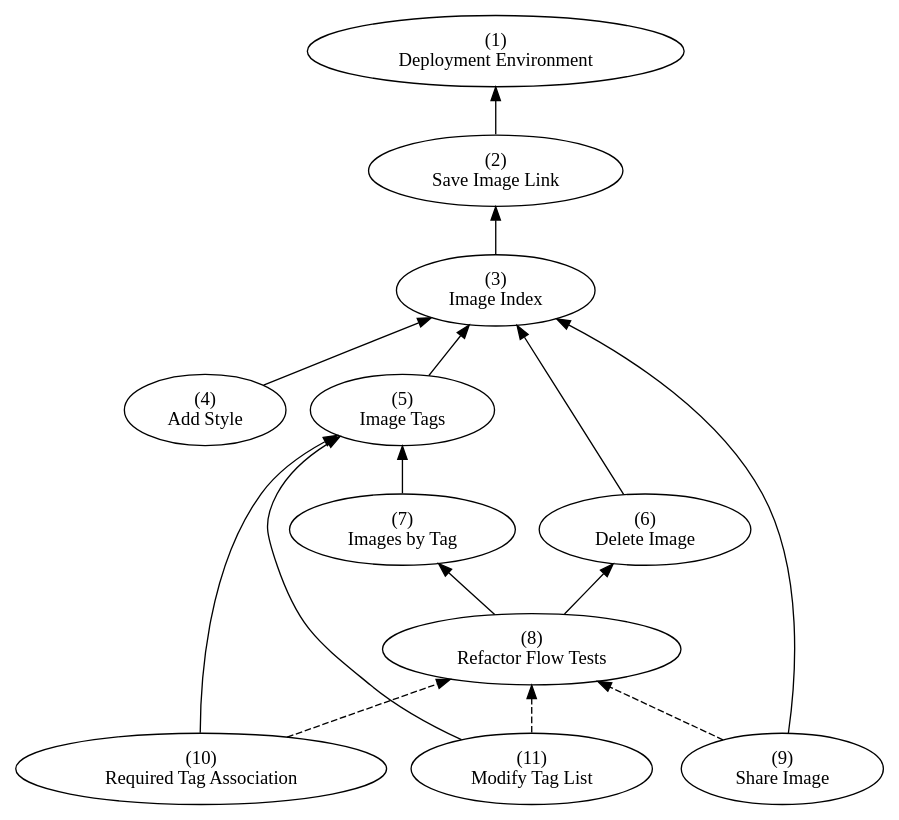
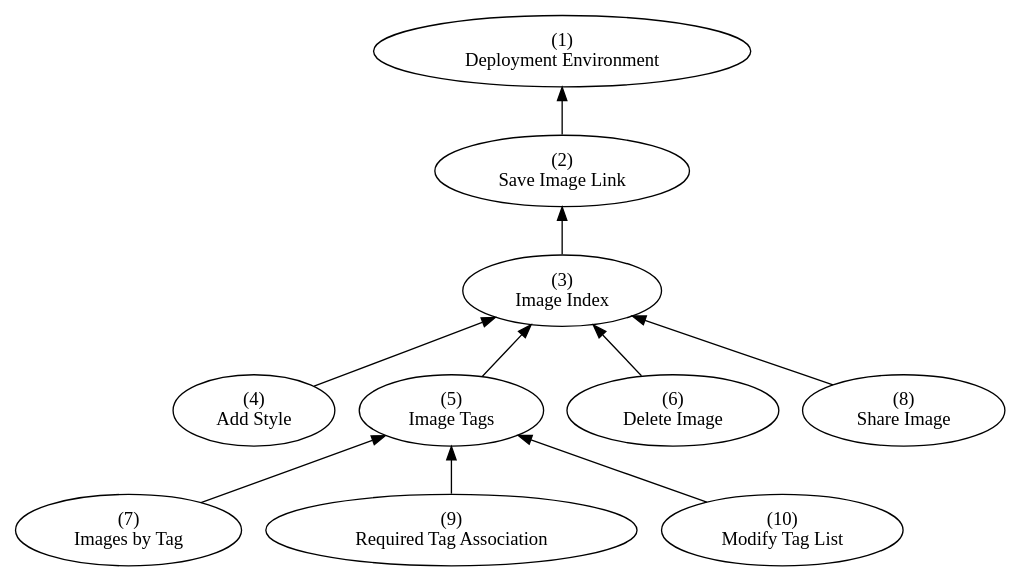
Before and after one commit to AppFolioOnboarding/tasks: the diagram in dependencies.dot, drawn with Graphviz. The commit also changed 6 other files, not shown here.

Commit message:
Combine flow test issue with delete issue

```diff
--- a/dependencies.dot
+++ b/dependencies.dot
@@ -1,30 +1,24 @@
 digraph Dependencies {
   rankdir=BT;
 
   "Deployment Environment" [label="(1)\nDeployment Environment"]
   "Save Image Link" [label="(2)\nSave Image Link"]
   "Image Index" [label="(3)\nImage Index"]
   "Add Style" [label="(4)\nAdd Style"]
   "Image Tags" [label="(5)\nImage Tags"]
   "Delete Image" [label="(6)\nDelete Image"]
   "Images by Tag" [label="(7)\nImages by Tag"]
-  "Refactor Flow Tests" [label="(8)\nRefactor Flow Tests"]
-  "Share Image" [label="(9)\nShare Image"]
-  "Required Tag Association" [label="(10)\nRequired Tag Association"]
-  "Modify Tag List" [label="(11)\nModify Tag List"]
+  "Share Image" [label="(8)\nShare Image"]
+  "Required Tag Association" [label="(9)\nRequired Tag Association"]
+  "Modify Tag List" [label="(10)\nModify Tag List"]
 
   "Add Style" -> "Image Index"
   "Delete Image" -> "Image Index"
   "Image Index" -> "Save Image Link"
   "Image Tags" -> "Image Index"
   "Images by Tag" -> "Image Tags"
   "Modify Tag List" -> "Image Tags"
-  "Modify Tag List" -> "Refactor Flow Tests" [style=dashed]
-  "Refactor Flow Tests" -> "Delete Image"
-  "Refactor Flow Tests" -> "Images by Tag"
   "Required Tag Association" -> "Image Tags"
-  "Required Tag Association" -> "Refactor Flow Tests" [style=dashed]
   "Save Image Link" -> "Deployment Environment"
   "Share Image" -> "Image Index"
-  "Share Image" -> "Refactor Flow Tests" [style=dashed]
 }
```
